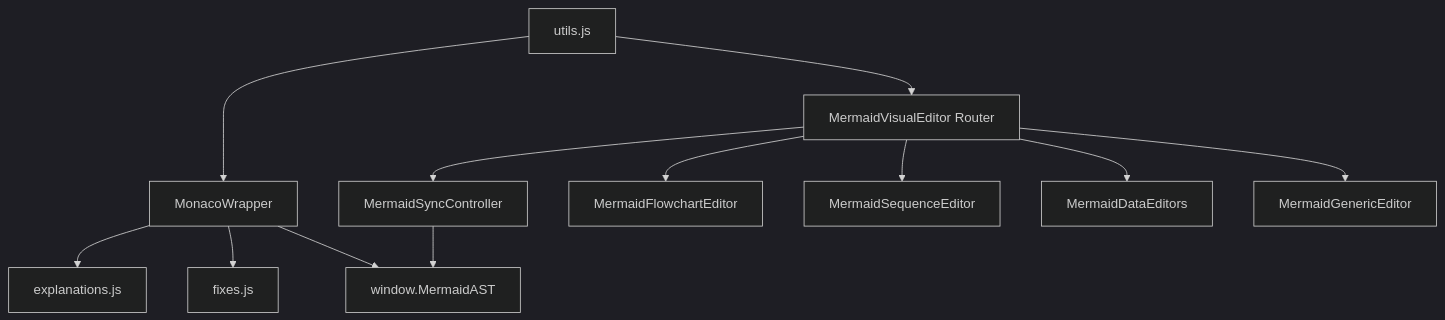
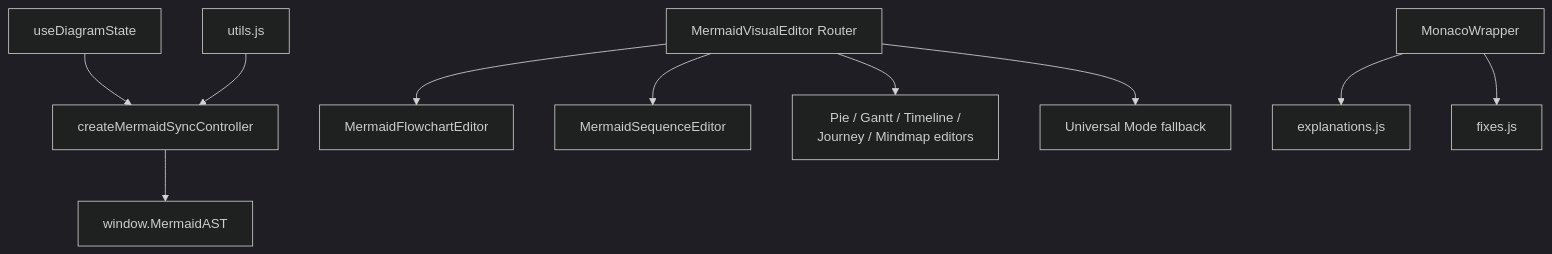
Before and after one commit to ongchonghian/universal-diagram-editor: the sixth of 6 diagrams in .qoder/repowiki/en/content/Editor Architecture/Synchronization Mechanisms.md, drawn with Mermaid (dark theme). The commit also changed other lines of this file and 31 other files, not shown here.

````diff
--- a/.qoder/repowiki/en/content/Editor Architecture/Synchronization Mechanisms.md
+++ b/.qoder/repowiki/en/content/Editor Architecture/Synchronization Mechanisms.md
@@ -355,14 +318,12 @@
 ```mermaid
 graph TB
-MSC["MermaidSyncController"] --> AST["window.MermaidAST"]
-MVE["MermaidVisualEditor Router"] --> MSC
-MVE --> FCE["MermaidFlowchartEditor"]
+MSC["createMermaidSyncController"] --> AST["window.MermaidAST"]
+DS["useDiagramState"] --> MSC
+MVE["MermaidVisualEditor Router"] --> FCE["MermaidFlowchartEditor"]
 MVE --> MSE["MermaidSequenceEditor"]
-MVE --> MDE["MermaidDataEditors"]
-MVE --> GEN["MermaidGenericEditor"]
+MVE --> MDE["Pie / Gantt / Timeline /<br/>Journey / Mindmap editors"]
+MVE --> GEN["Universal Mode fallback"]
 MW["MonacoWrapper"] --> EXPL["explanations.js"]
 MW --> FIX["fixes.js"]
-MW --> AST
-Utils["utils.js"] --> MW
-Utils --> MVE
+Utils["utils.js"] --> MSC
 ```
````
